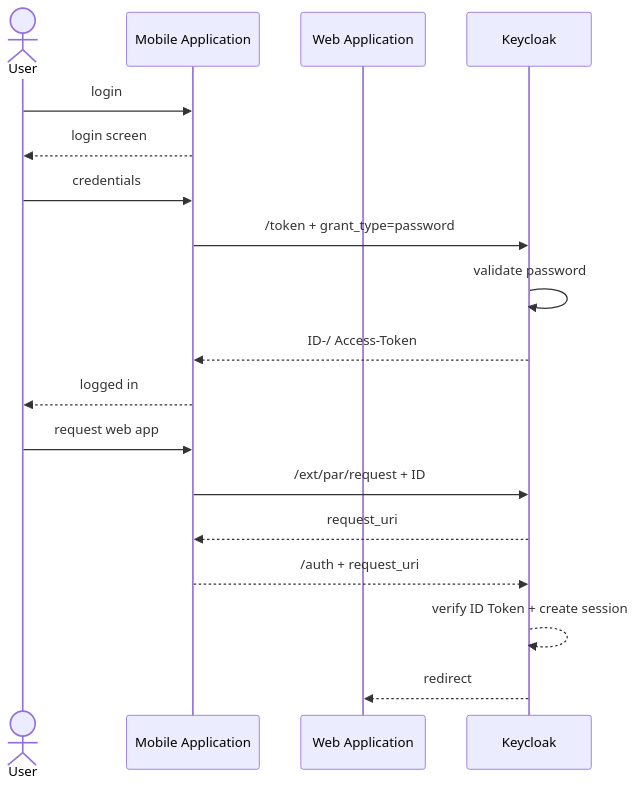
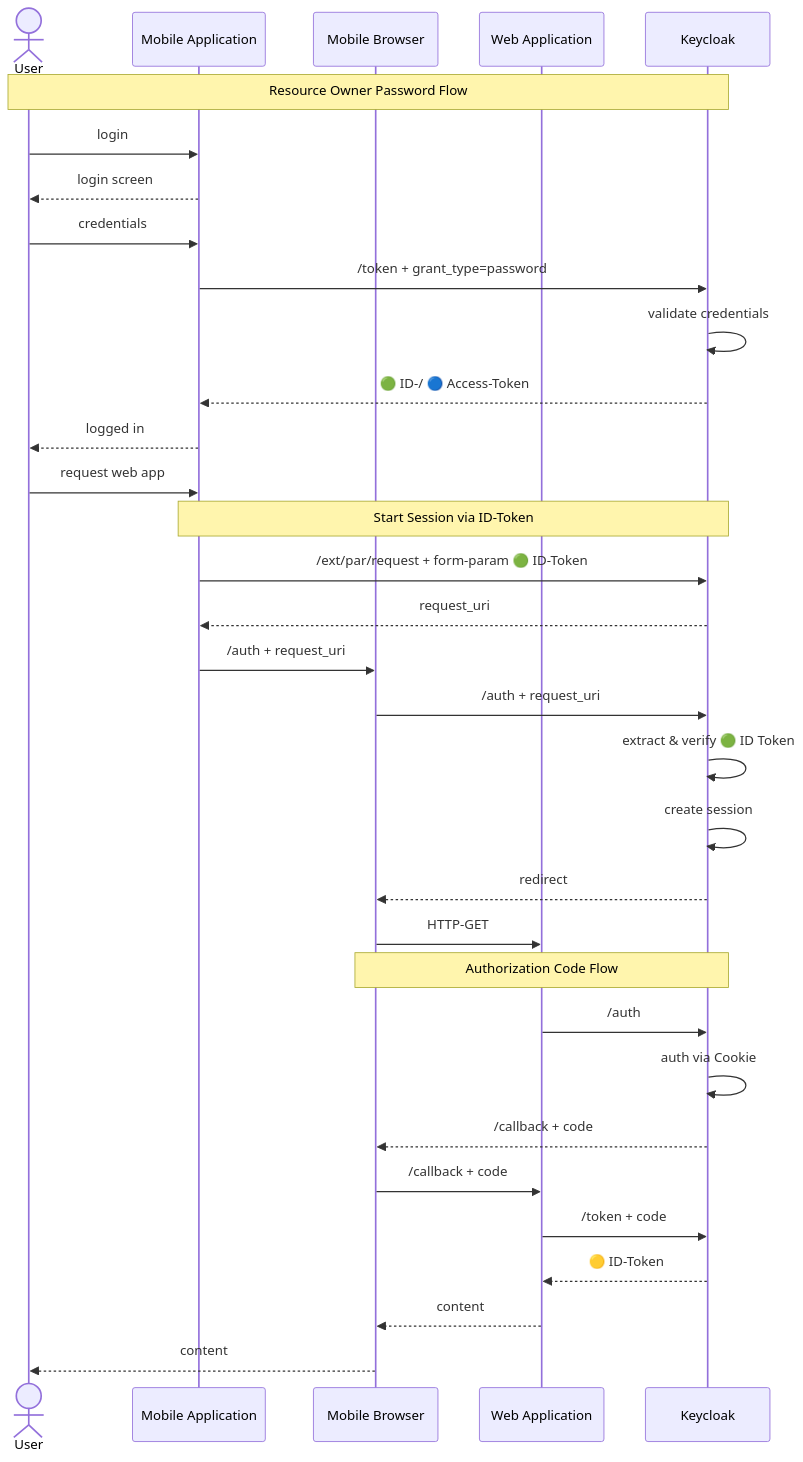
The diagram in README.md (mkunz-it/keycloak-token-auth), drawn with Mermaid before and after one commit. The commit also changed other lines of this file and 22 other files, not shown here.

````diff
--- a/README.md
+++ b/README.md
@@ -30,26 +29,41 @@
 ```mermaid
 sequenceDiagram
     actor user as User
     participant mobile as Mobile Application
+    participant browser as Mobile Browser
     participant webapp as Web Application
     participant keycloak as Keycloak
     
+    %% User logs in to the mobile app
+    note over user,keycloak: Resource Owner Password Flow
     user ->> mobile: login
     mobile -->> user: login screen
     user ->> mobile: credentials
     mobile ->> keycloak: /token + grant_type=password
-    keycloak ->> keycloak: validate password
-    keycloak -->> mobile: ID-/ Access-Token
+    keycloak ->> keycloak: validate credentials
+    keycloak -->> mobile: 🟢 ID-/ 🔵 Access-Token
     mobile -->> user: logged in
     user ->> mobile: request web app
-    mobile ->> keycloak: /ext/par/request + ID
+    
+    %% The user initiates the login to the web application.
+    note over mobile,keycloak: Start Session via ID-Token
+    mobile ->> keycloak: /ext/par/request + form-param 🟢 ID-Token
     keycloak -->> mobile: request_uri
-    mobile -->> keycloak: /auth + request_uri
-    keycloak -->> keycloak: verify ID Token + create session
-    keycloak -->> webapp: redirect
+    mobile ->> browser: /auth + request_uri
+    browser ->> keycloak: /auth + request_uri
+    keycloak ->> keycloak: extract & verify 🟢 ID Token
+    keycloak ->> keycloak: create session
+    keycloak -->> browser: redirect
+    browser ->> webapp: HTTP-GET
     
-    
-    
-    
-    
+    %% SSO login via browser cookie
+    note over browser,keycloak: Authorization Code Flow
+    webapp ->> keycloak: /auth
+    keycloak ->> keycloak: auth via Cookie
+    keycloak -->> browser: /callback + code
+    browser ->> webapp: /callback + code
+    webapp ->> keycloak: /token + code
+    keycloak -->> webapp: 🟡 ID-Token
+    webapp -->> browser: content
+    browser -->> user: content
 ```
````
